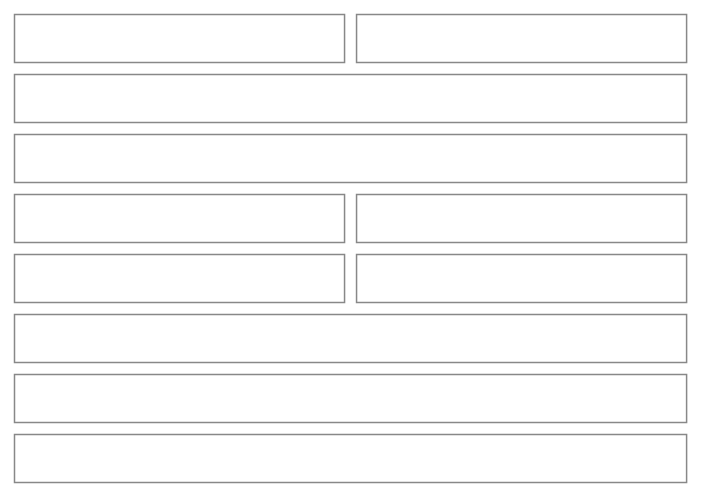
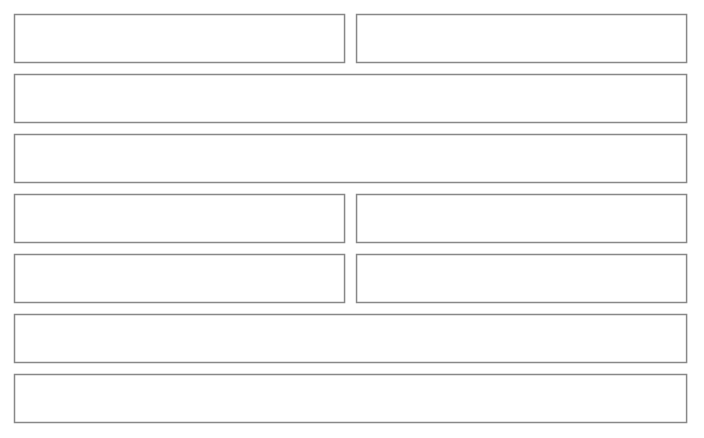
One commit to NovaMoonX/moondreams-dev-apps changed diagram 13 of 26 in src/apps/pinch/UX.md. Above: the diagram before and after it, drawn with Mermaid. The commit also changed other lines of this file and 37 other files, not shown here.

````diff
--- a/src/apps/pinch/UX.md
+++ b/src/apps/pinch/UX.md
@@ -455,27 +457,25 @@
 ```mermaid
 %%{init: {'theme': 'base', 'themeVariables': {'primaryColor': 'transparent', 'primaryBorderColor': '#888888', 'primaryTextColor': '#333333', 'lineColor': '#888888'}}}%%
 block-beta
   columns 2
   I1["🍗 Chicken breast"]:1
   I2["Chicken"]:1
   I3["Per 100 g · 165 cal · 31 g protein · 0 g carbs · 3.6 g fat"]:2
   I4["Products"]:2
   I5["⭐ Walmart · Great Value 3 lb"]:1
   I6["$9.48"]:1
   I7["Costco · 6.5 lb"]:1
   I8["$19.99"]:1
   I9["+ Add a product"]:2
-  I10["Used in 3 recipes"]:2
-  I11["✏️ Modify · Delete"]:2
+  I11["✏️ Modify"]:2
   style I1 fill:transparent,stroke:#888888,stroke-width:1px;
   style I2 fill:transparent,stroke:#888888,stroke-width:1px;
   style I3 fill:transparent,stroke:#888888,stroke-width:1px;
   style I4 fill:transparent,stroke:#888888,stroke-width:1px;
   style I5 fill:transparent,stroke:#888888,stroke-width:1px;
   style I6 fill:transparent,stroke:#888888,stroke-width:1px;
   style I7 fill:transparent,stroke:#888888,stroke-width:1px;
   style I8 fill:transparent,stroke:#888888,stroke-width:1px;
   style I9 fill:transparent,stroke:#888888,stroke-width:1px;
-  style I10 fill:transparent,stroke:#888888,stroke-width:1px;
   style I11 fill:transparent,stroke:#888888,stroke-width:1px;
 ```
````
